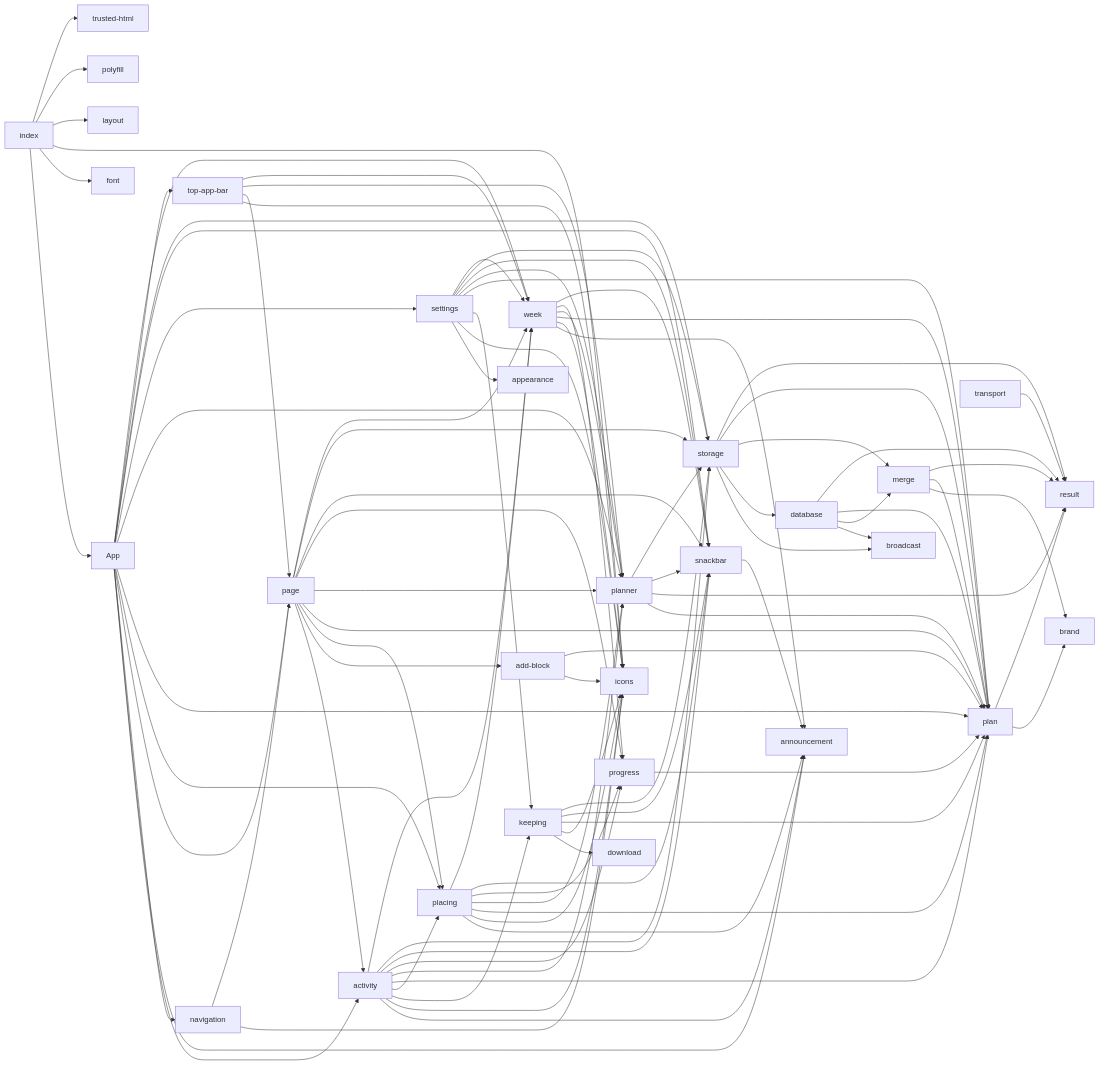
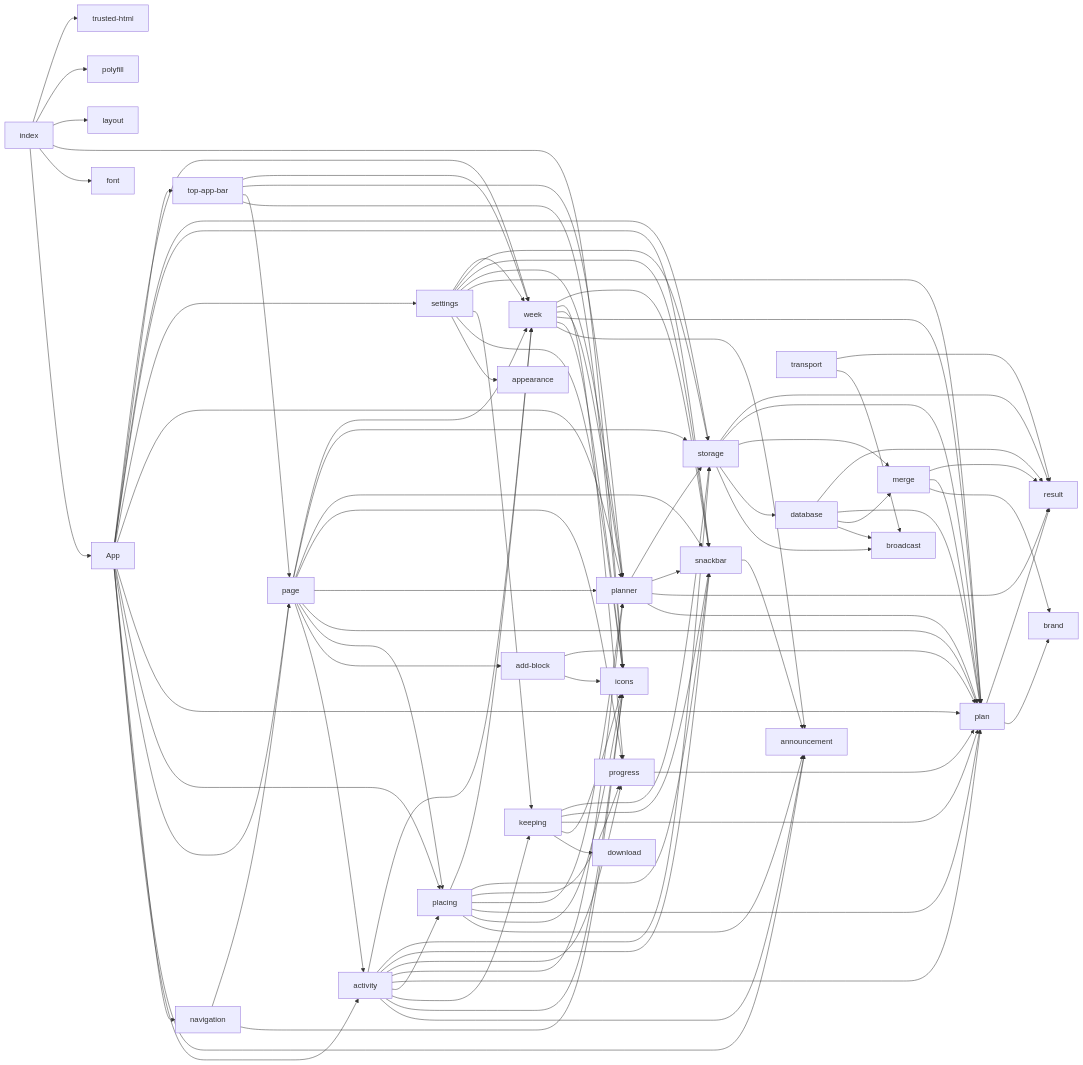
One commit to SantaClaas/week-budget-planner changed the diagram in docs/MODULES.md. Above: the diagram before and after it, drawn with Mermaid. The commit also changed 8 other files, not shown here.

First line of the commit message:
Carry the transport's worker calls over the broadcast service

```diff
--- a/docs/MODULES.md
+++ b/docs/MODULES.md
@@ -123,6 +123,7 @@
   module_top_app_bar --> module_page
   module_top_app_bar --> module_planner
   module_top_app_bar --> module_week
+  module_transport --> module_broadcast
   module_transport --> module_result
   module_week --> module_announcement
   module_week --> module_icons
```
